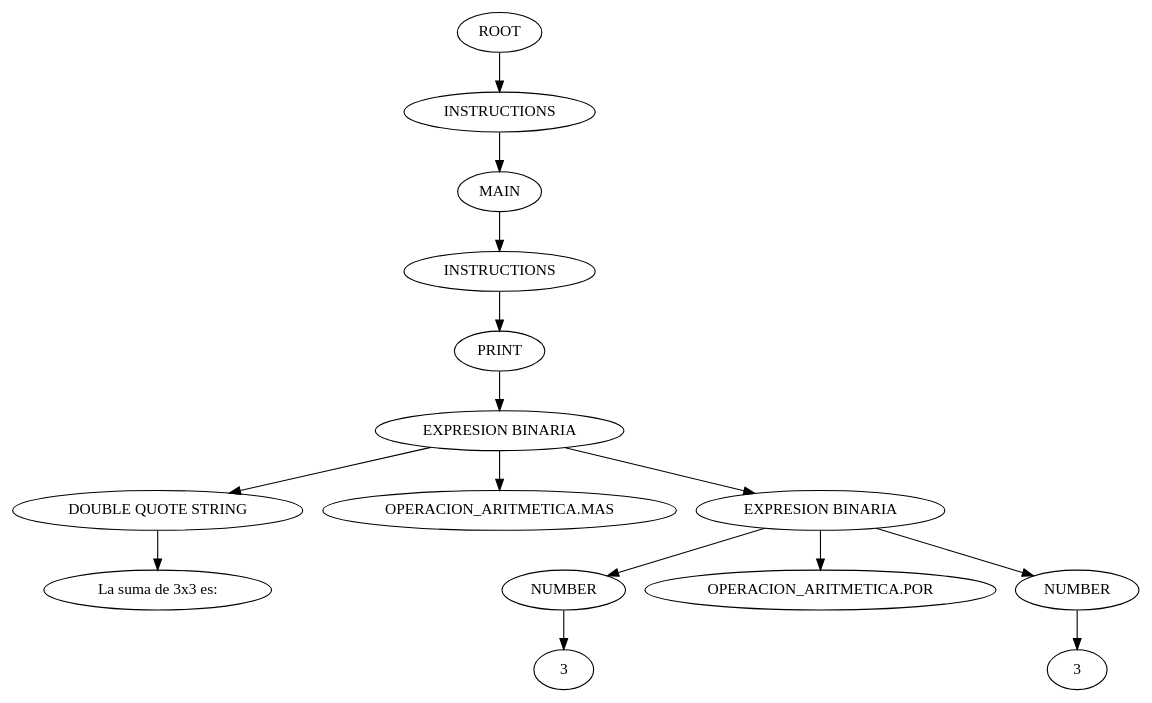
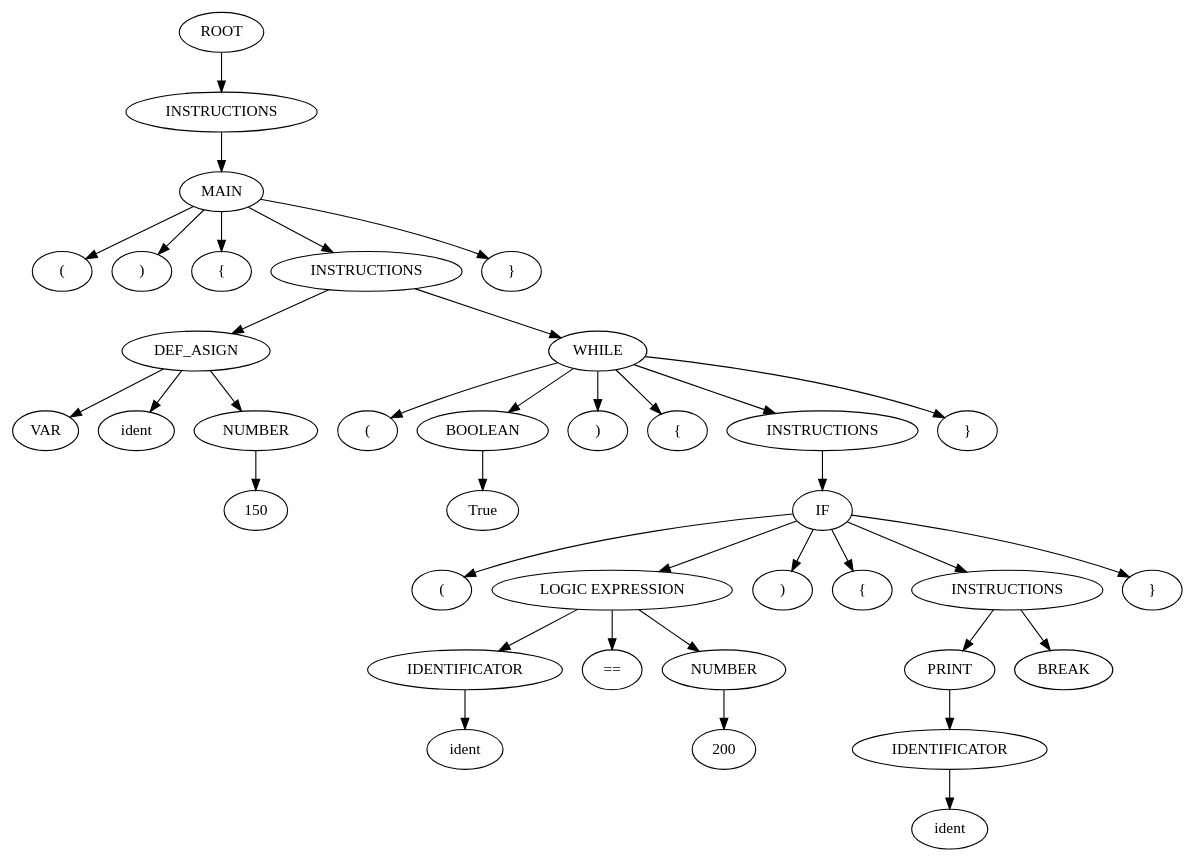
The diagram in ast.dot (JDVelasquezO/Project1_OLC1), drawn with Graphviz before and after one commit. The commit also changed 11 other files, not shown here.

```diff
--- a/ast.dot
+++ b/ast.dot
@@ -1,31 +1,75 @@
 digraph {
 n0[label="ROOT"];
 n1[label="INSTRUCTIONS"];
 n0->n1;
 n2[label="MAIN"];
 n1->n2;
-n3[label="INSTRUCTIONS"];
+n3[label="("];
 n2->n3;
-n4[label="PRINT"];
-n3->n4;
-n5[label="EXPRESION BINARIA"];
-n4->n5;
-n6[label="DOUBLE QUOTE STRING"];
-n5->n6;
-n7[label="La suma de 3x3 es: "];
+n4[label=")"];
+n2->n4;
+n5[label="{"];
+n2->n5;
+n6[label="INSTRUCTIONS"];
+n2->n6;
+n7[label="DEF_ASIGN"];
 n6->n7;
-n8[label="OPERACION_ARITMETICA.MAS"];
-n5->n8;
-n9[label="EXPRESION BINARIA"];
-n5->n9;
+n8[label="VAR"];
+n7->n8;
+n9[label="ident"];
+n7->n9;
 n10[label="NUMBER"];
-n9->n10;
-n11[label="3"];
+n7->n10;
+n11[label="150"];
 n10->n11;
-n12[label="OPERACION_ARITMETICA.POR"];
-n9->n12;
-n13[label="NUMBER"];
-n9->n13;
-n14[label="3"];
-n13->n14;
+n12[label="WHILE"];
+n6->n12;
+n13[label="("];
+n12->n13;
+n14[label="BOOLEAN"];
+n12->n14;
+n15[label="True"];
+n14->n15;
+n16[label=")"];
+n12->n16;
+n17[label="{"];
+n12->n17;
+n18[label="INSTRUCTIONS"];
+n12->n18;
+n19[label="IF"];
+n18->n19;
+n20[label="("];
+n19->n20;
+n21[label="LOGIC EXPRESSION"];
+n19->n21;
+n22[label="IDENTIFICATOR"];
+n21->n22;
+n23[label="ident"];
+n22->n23;
+n24[label="=="];
+n21->n24;
+n25[label="NUMBER"];
+n21->n25;
+n26[label="200"];
+n25->n26;
+n27[label=")"];
+n19->n27;
+n28[label="{"];
+n19->n28;
+n29[label="INSTRUCTIONS"];
+n19->n29;
+n30[label="PRINT"];
+n29->n30;
+n31[label="IDENTIFICATOR"];
+n30->n31;
+n32[label="ident"];
+n31->n32;
+n33[label="BREAK"];
+n29->n33;
+n34[label="}"];
+n19->n34;
+n35[label="}"];
+n12->n35;
+n36[label="}"];
+n2->n36;
 }
```
